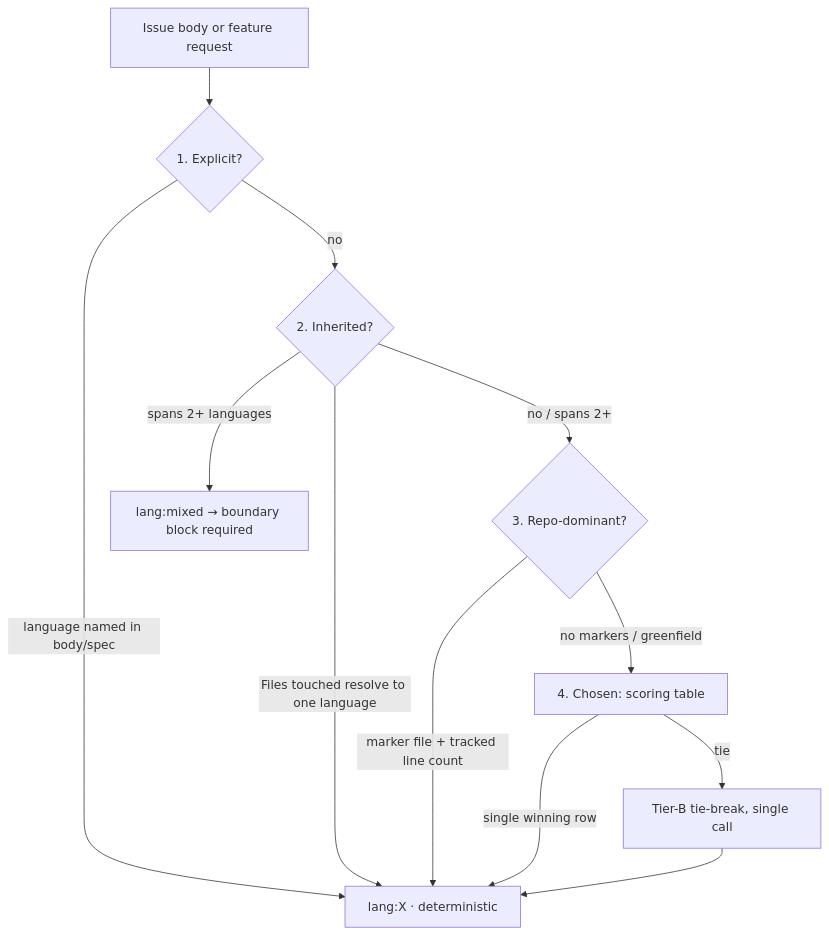
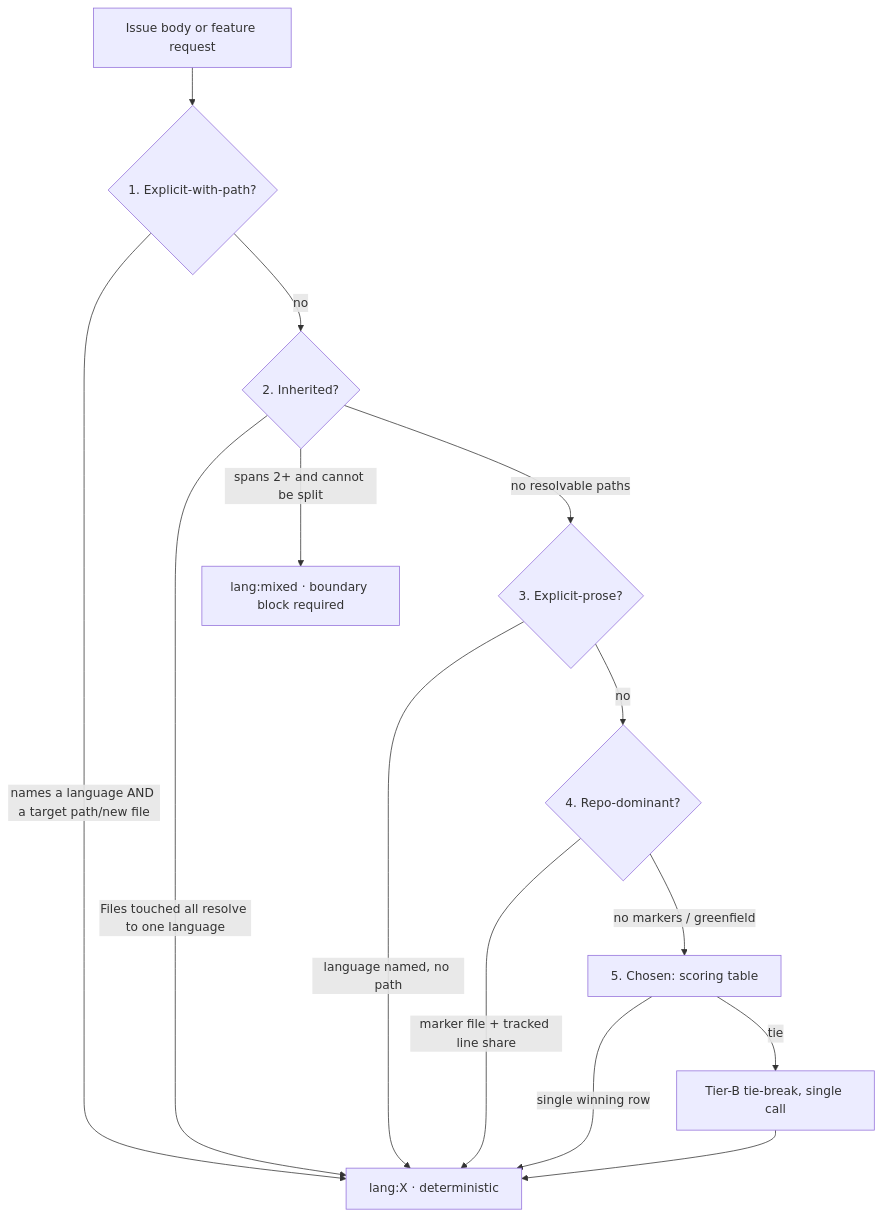
The diagram in docs/specs/2026-08-12-language-selection-axis-design.md (berlinguyinca/autospec), drawn with Mermaid before and after one commit. The commit also changed other lines of this file, not shown here.

First line of the commit message:
docs: resolve precedence ambiguity and scope fixture exclusion

````diff
--- a/docs/specs/2026-08-12-language-selection-axis-design.md
+++ b/docs/specs/2026-08-12-language-selection-axis-design.md
@@ -61,14 +61,16 @@
 ```mermaid
 flowchart TD
-    A[Issue body or feature request] --> B{1. Explicit?}
-    B -- language named in body/spec --> Z[lang:X · deterministic]
+    A[Issue body or feature request] --> B{1. Explicit-with-path?}
+    B -- names a language AND a target path/new file --> Z[lang:X · deterministic]
     B -- no --> C{2. Inherited?}
-    C -- Files touched resolve to one language --> Z
-    C -- no / spans 2+ --> D{3. Repo-dominant?}
-    D -- marker file + tracked line count --> Z
-    D -- no markers / greenfield --> E[4. Chosen: scoring table]
-    E -- single winning row --> Z
-    E -- tie --> F[Tier-B tie-break, single call]
-    F --> Z
-    C -- spans 2+ languages --> M[lang:mixed → boundary block required]
+    C -- Files touched all resolve to one language --> Z
+    C -- spans 2+ and cannot be split --> M[lang:mixed · boundary block required]
+    C -- no resolvable paths --> D{3. Explicit-prose?}
+    D -- language named, no path --> Z
+    D -- no --> E{4. Repo-dominant?}
+    E -- marker file + tracked line share --> Z
+    E -- no markers / greenfield --> F[5. Chosen: scoring table]
+    F -- single winning row --> Z
+    F -- tie --> G[Tier-B tie-break, single call]
+    G --> Z
 ```
````
